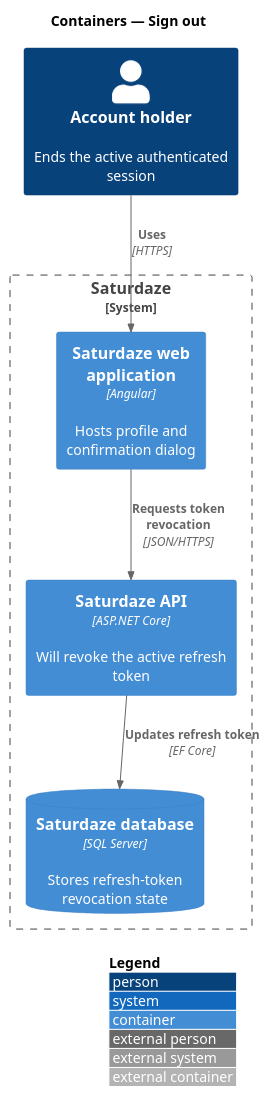
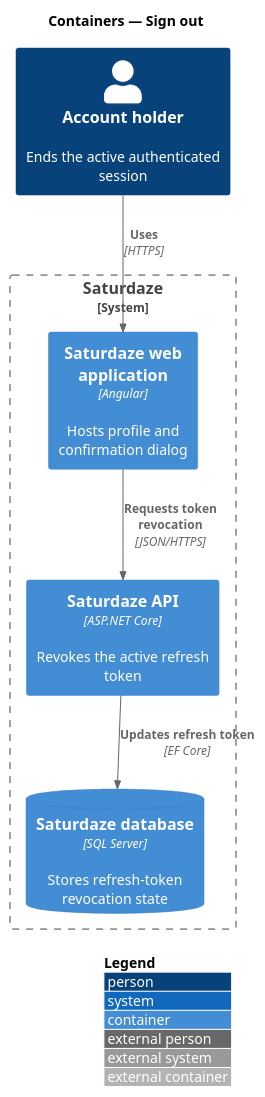
Before and after one commit to QuinntyneBrown/saturdaze: the diagram in docs/detailed-designs/identity-and-access/sign-out/diagrams/c4-container.puml, drawn with PlantUML. The commit also changed 208 other files, not shown here.

```diff
--- a/docs/detailed-designs/identity-and-access/sign-out/diagrams/c4-container.puml
+++ b/docs/detailed-designs/identity-and-access/sign-out/diagrams/c4-container.puml
@@ -1,15 +1,15 @@
 @startuml
 !include <C4/C4_Container>
 LAYOUT_WITH_LEGEND()
 title Containers — Sign out
 
 Person(actor, "Account holder", "Ends the active authenticated session")
 System_Boundary(saturdaze, "Saturdaze") {
   Container(web, "Saturdaze web application", "Angular", "Hosts profile and confirmation dialog")
-  Container(api, "Saturdaze API", "ASP.NET Core", "Will revoke the active refresh token")
+  Container(api, "Saturdaze API", "ASP.NET Core", "Revokes the active refresh token")
   ContainerDb(db, "Saturdaze database", "SQL Server", "Stores refresh-token revocation state")
 }
 Rel(actor, web, "Uses", "HTTPS")
 Rel(web, api, "Requests token revocation", "JSON/HTTPS")
 Rel(api, db, "Updates refresh token", "EF Core")
 @enduml
```
